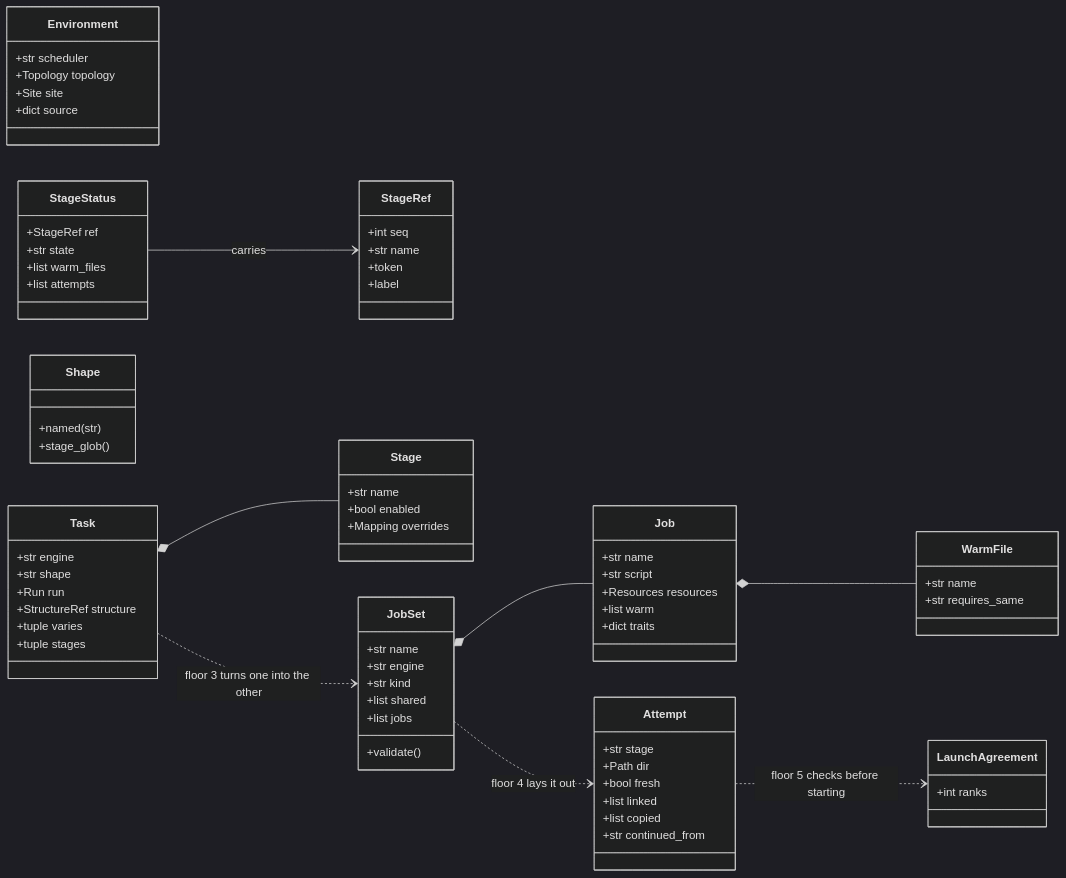
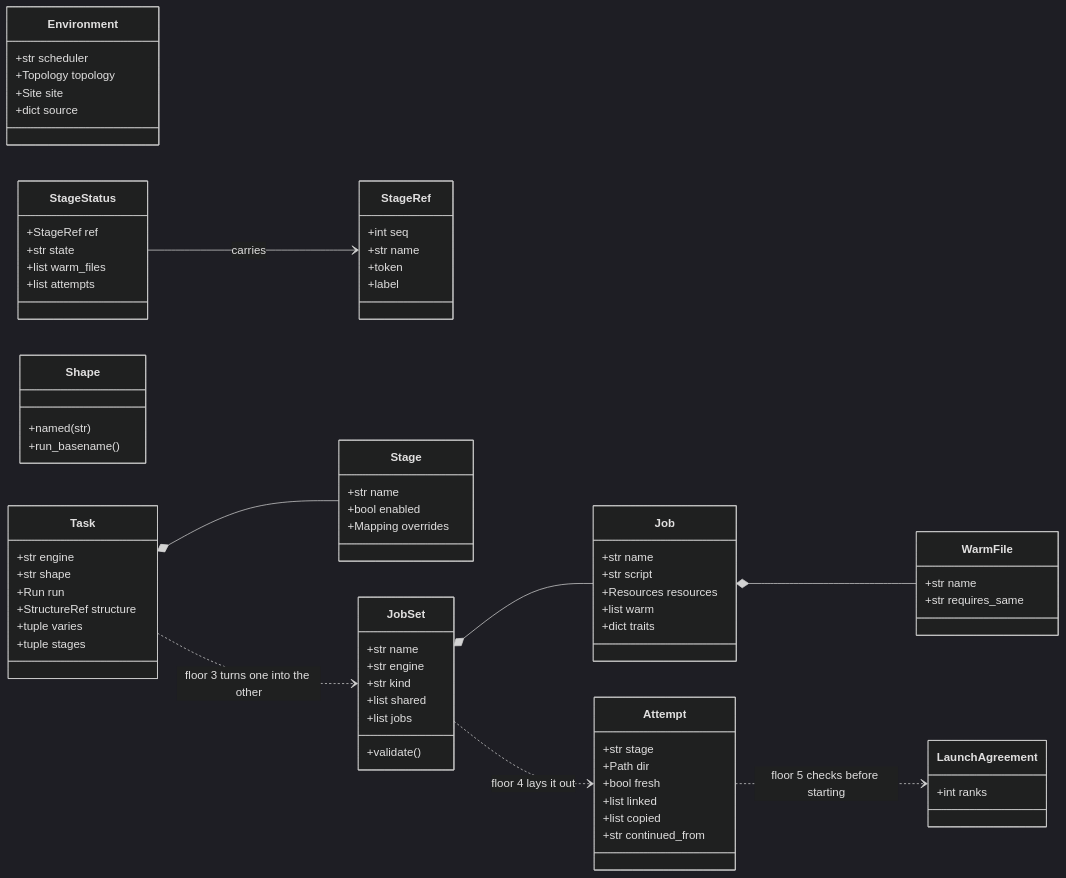
Before and after one commit to Qing-LAB/molbuilder: the third of 10 diagrams in docs/execution/architecture.md, drawn with Mermaid (dark theme). The commit also changed other lines of this file and 35 other files, not shown here.

````diff
--- a/docs/execution/architecture.md
+++ b/docs/execution/architecture.md
@@ -273,76 +273,76 @@
 ```mermaid
 classDiagram
     direction LR
     class StageRef {
       +int seq
       +str name
       +token
       +label
     }
     class Environment {
       +str scheduler
       +Topology topology
       +Site site
       +dict source
     }
     class Task {
       +str engine
       +str shape
       +Run run
       +StructureRef structure
       +tuple varies
       +tuple stages
     }
     class Stage {
       +str name
       +bool enabled
       +Mapping overrides
     }
     class JobSet {
       +str name
       +str engine
       +str kind
       +list shared
       +list jobs
       +validate()
     }
     class Job {
       +str name
       +str script
       +Resources resources
       +list warm
       +dict traits
     }
     class WarmFile {
       +str name
       +str requires_same
     }
     class Shape {
       +named(str)
-      +stage_glob()
+      +run_basename()
     }
     class Attempt {
       +str stage
       +Path dir
       +bool fresh
       +list linked
       +list copied
       +str continued_from
     }
     class LaunchAgreement {
       +int ranks
     }
     class StageStatus {
       +StageRef ref
       +str state
       +list warm_files
       +list attempts
     }
     Task *-- Stage
     JobSet *-- Job
     Job *-- WarmFile
     StageStatus --> StageRef : carries
     Task ..> JobSet : floor 3 turns one into the other
     JobSet ..> Attempt : floor 4 lays it out
     Attempt ..> LaunchAgreement : floor 5 checks before starting
 ```
````
